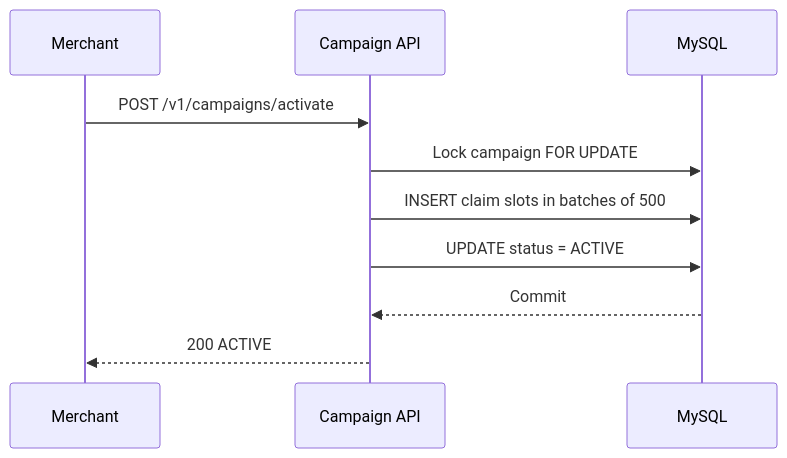
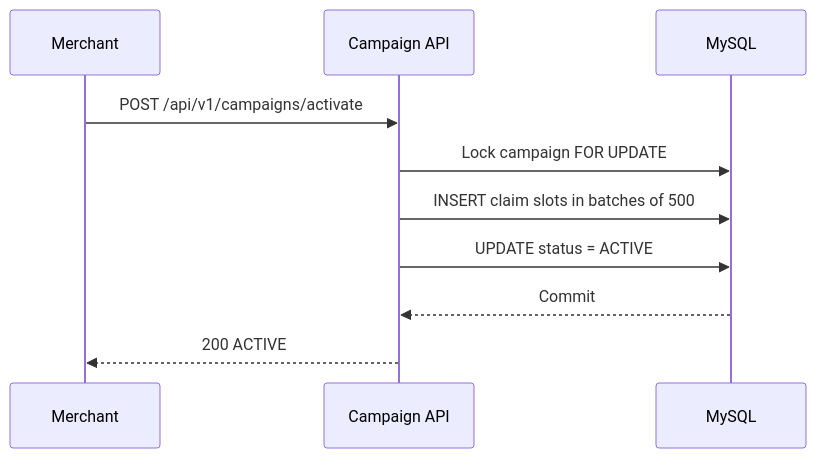
The eighth of 13 diagrams in SOLUTION.md (PhamDinhDuy-2508/Voucher-claim-system), drawn with Mermaid before and after one commit. The commit also changed other lines of this file and 11 other files, not shown here.

````diff
--- a/SOLUTION.md
+++ b/SOLUTION.md
@@ -387,13 +387,13 @@
 ```mermaid
 sequenceDiagram
     participant M as Merchant
     participant API as Campaign API
     participant DB as MySQL
 
-    M->>API: POST /v1/campaigns/activate
+    M->>API: POST /api/v1/campaigns/activate
     API->>DB: Lock campaign FOR UPDATE
     API->>DB: INSERT claim slots in batches of 500
     API->>DB: UPDATE status = ACTIVE
     DB-->>API: Commit
     API-->>M: 200 ACTIVE
 ```
````
